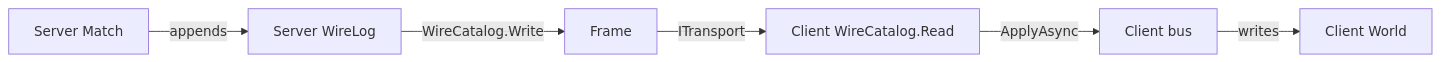
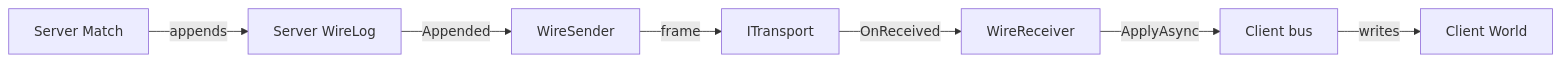
One commit to MgCohen/Card-Framework changed the diagram in Base/docs/peers.md. Above: the diagram before and after it, drawn with Mermaid. The commit also changed other lines of this file and 11 other files, not shown here.

First line of the commit message:
Write the peer roles, the catalog hash and the peer docs

````diff
--- a/Base/docs/peers.md
+++ b/Base/docs/peers.md
@@ -7,8 +7,9 @@
 ```mermaid
 flowchart LR
     S[Server Match] -->|appends| L[Server WireLog]
-    L -->|WireCatalog.Write| F[Frame]
-    F -->|ITransport| C[Client WireCatalog.Read]
-    C -->|ApplyAsync| B[Client bus]
+    L -->|Appended| WS[WireSender]
+    WS -->|frame| T[ITransport]
+    T -->|OnReceived| WR[WireReceiver]
+    WR -->|ApplyAsync| B[Client bus]
     B -->|writes| W[Client World]
 ```
````
